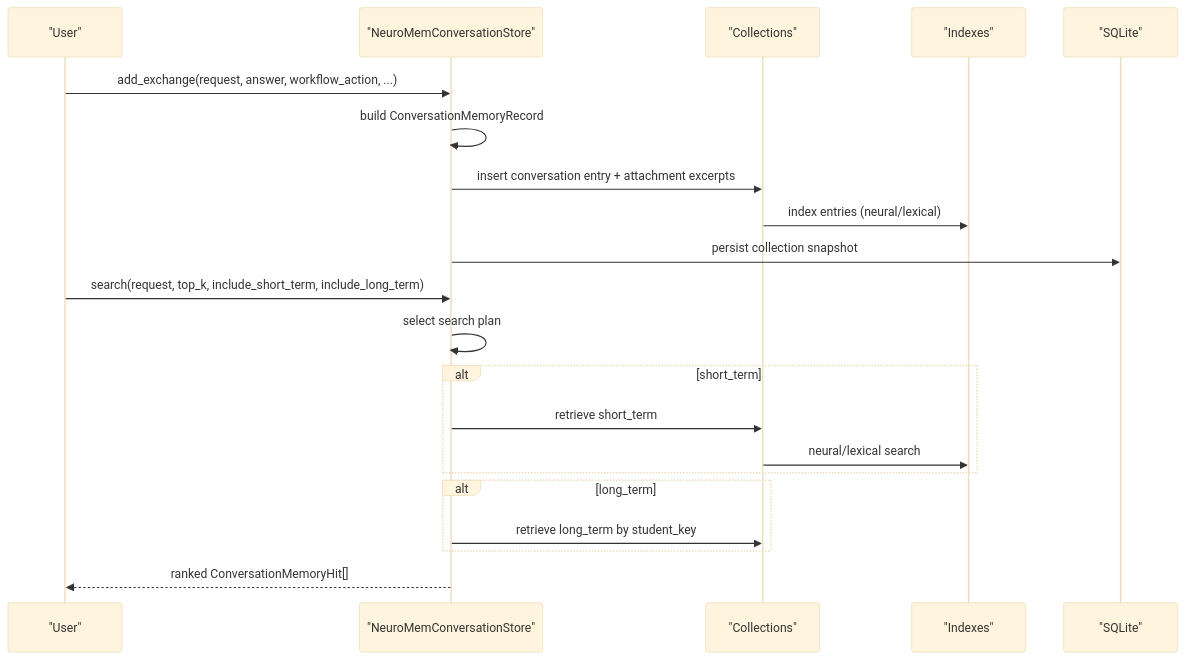
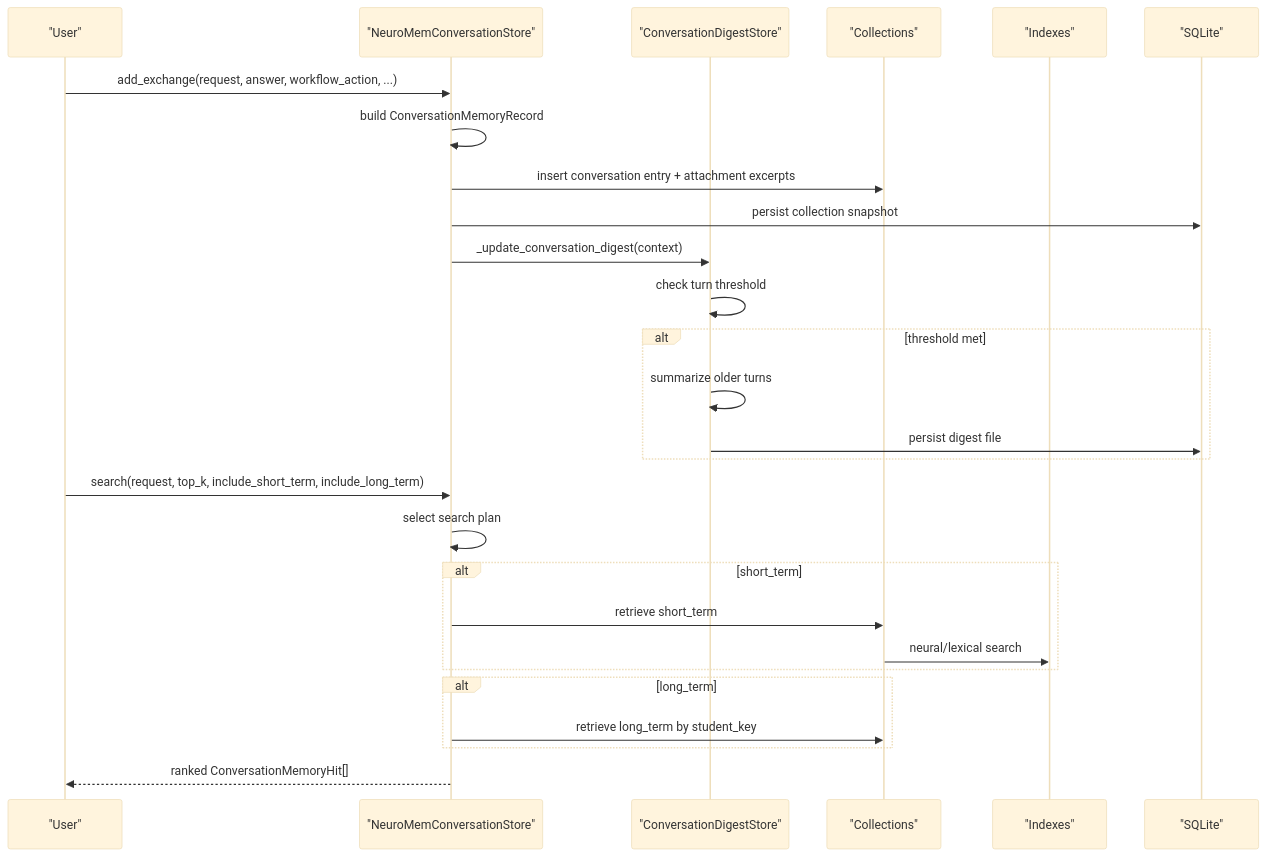
The second of 10 diagrams in .qoder/repowiki/en/content/Memory Systems/Memory Systems.md (intellistream/sage-mate), drawn with Mermaid (base theme) before and after one commit. The commit also changed other lines of this file and 136 other files, not shown here.

First line of the commit message:
chore: source updates, bidirectional link graph, data and repowiki refresh

````diff
--- a/.qoder/repowiki/en/content/Memory Systems/Memory Systems.md
+++ b/.qoder/repowiki/en/content/Memory Systems/Memory Systems.md
@@ -102,23 +121,29 @@
 ```mermaid
 sequenceDiagram
 participant User as "User"
 participant Store as "NeuroMemConversationStore"
+participant Digest as "ConversationDigestStore"
 participant Coll as "Collections"
 participant Index as "Indexes"
 participant DB as "SQLite"
 User->>Store : add_exchange(request, answer, workflow_action, ...)
 Store->>Store : build ConversationMemoryRecord
 Store->>Coll : insert conversation entry + attachment excerpts
-Coll->>Index : index entries (neural/lexical)
 Store->>DB : persist collection snapshot
+Store->>Digest : _update_conversation_digest(context)
+Digest->>Digest : check turn threshold
+alt threshold met
+Digest->>Digest : summarize older turns
+Digest->>DB : persist digest file
+end
 User->>Store : search(request, top_k, include_short_term, include_long_term)
 Store->>Store : select search plan
 alt short_term
 Store->>Coll : retrieve short_term
 Coll->>Index : neural/lexical search
 end
 alt long_term
 Store->>Coll : retrieve long_term by student_key
 end
 Store-->>User : ranked ConversationMemoryHit[]
 ```
````
